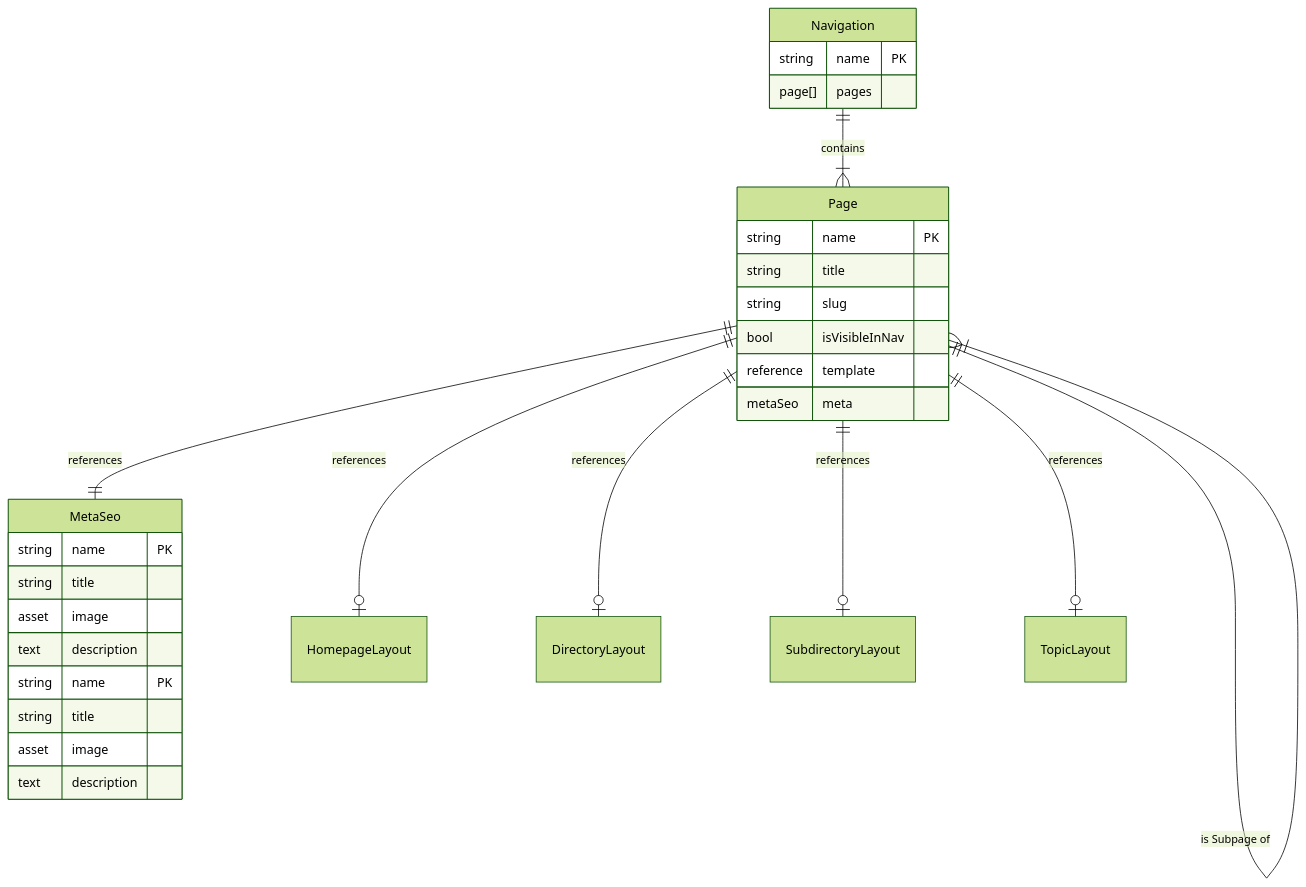
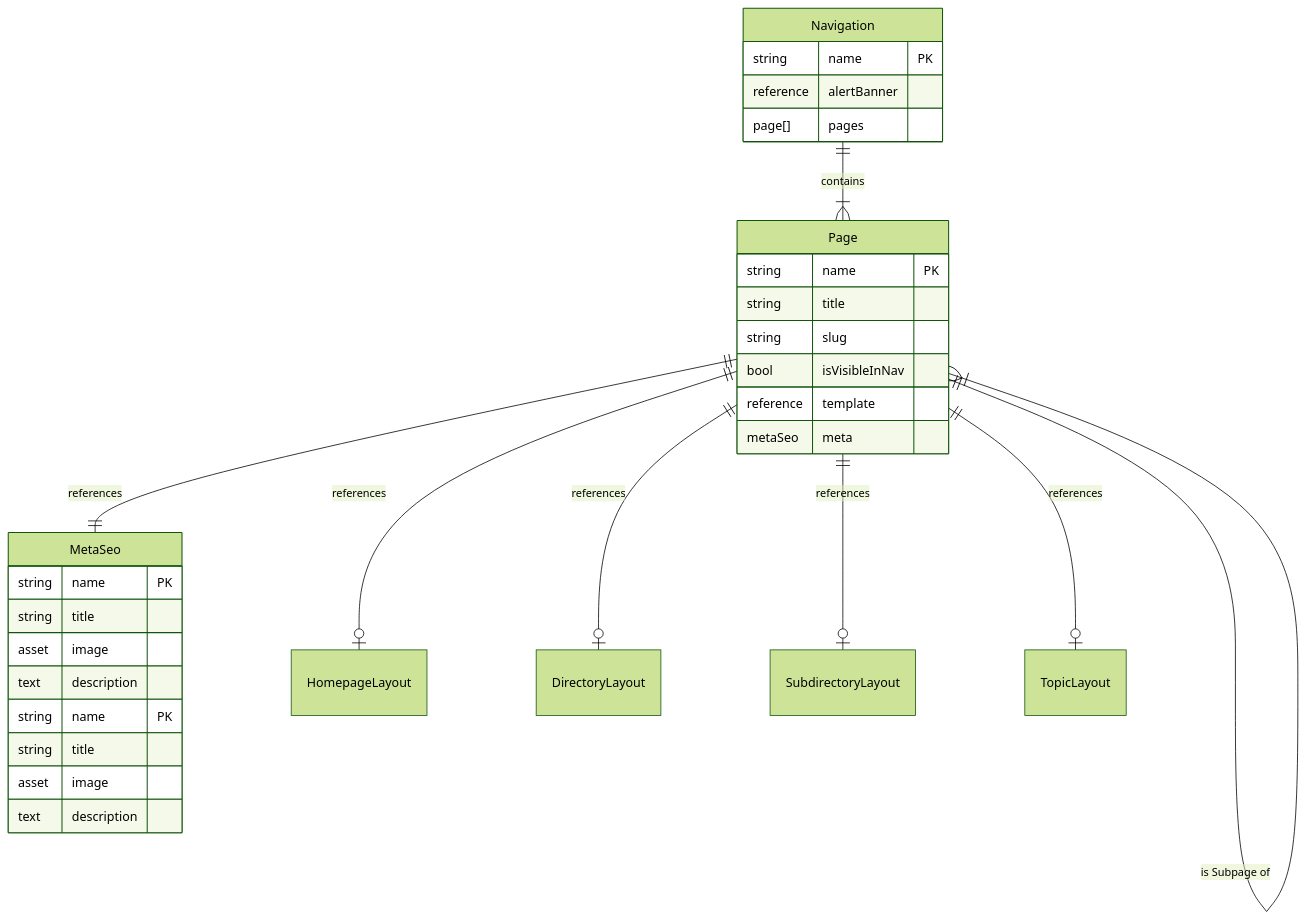
Before and after one commit to brendanpowershifter/erd-docs: the diagram in src/navigation-erd.md, drawn with Mermaid (forest theme). The commit also changed 8 other files, not shown here.

````diff
--- a/src/navigation-erd.md
+++ b/src/navigation-erd.md
@@ -1,39 +1,40 @@
 ```mermaid
   erDiagram
   Page||--|{Page: "is Subpage of"
   Navigation||--|{Page: contains
   Page||--||MetaSeo: references
   Page||--o|HomepageLayout: references
   Page||--o|DirectoryLayout: references
   Page||--o|SubdirectoryLayout: references
   Page||--o|TopicLayout: references
   Navigation {
     string name PK
+    reference alertBanner
     page[] pages
   }
   Page {
     string name PK
     string title
     string slug
     bool isVisibleInNav
     reference template
     metaSeo meta
   }
   MetaSeo {
     string name PK
     string title
     asset image
     text description
   }
   HomepageLayout
   DirectoryLayout
   SubdirectoryLayout
   TopicLayout
   MetaSeo {
     string name PK
     string title
     asset image
     text description
   }
 
 ```
````
